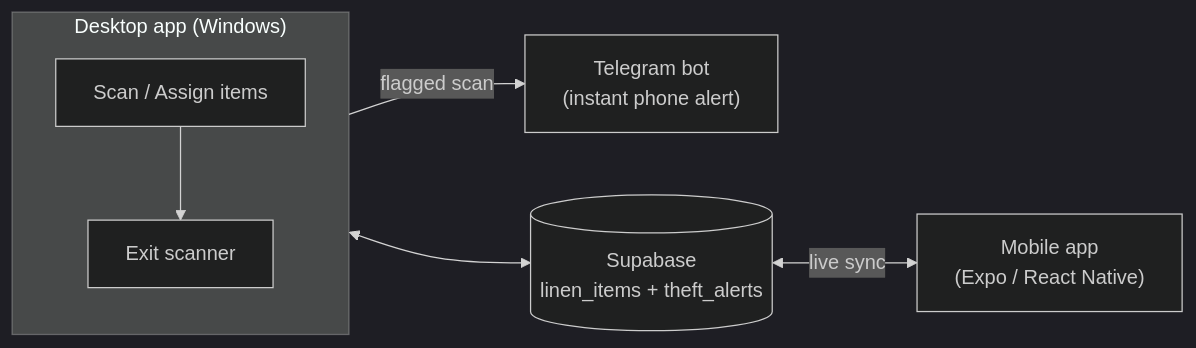
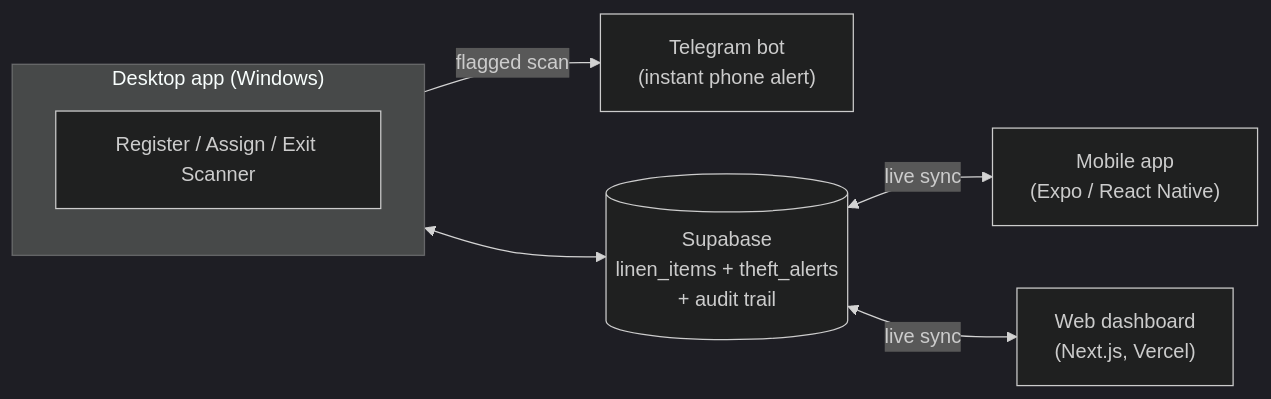
The diagram in README.md (Boiya05/MATRIXIOT-LinenAlertSystem), drawn with Mermaid (dark theme) before and after one commit. The commit also changed other lines of this file and 1 other file, not shown here.

````diff
--- a/README.md
+++ b/README.md
@@ -18,13 +20,12 @@
 ```mermaid
 flowchart LR
     subgraph Desktop["Desktop app (Windows)"]
         direction TB
-        Scan["Scan / Assign items"]
-        Exit["Exit scanner"]
-        Scan --> Exit
+        Scan["Register / Assign / Exit Scanner"]
     end
 
-    Exit -- "flagged scan" --> Telegram["Telegram bot<br/>(instant phone alert)"]
-    Desktop <--> Supabase[("Supabase<br/>linen_items + theft_alerts")]
+    Scan -- "flagged scan" --> Telegram["Telegram bot<br/>(instant phone alert)"]
+    Desktop <--> Supabase[("Supabase<br/>linen_items + theft_alerts<br/>+ audit trail")]
     Supabase <-- "live sync" --> Mobile["Mobile app<br/>(Expo / React Native)"]
+    Supabase <-- "live sync" --> Web["Web dashboard<br/>(Next.js, Vercel)"]
 ```
````
